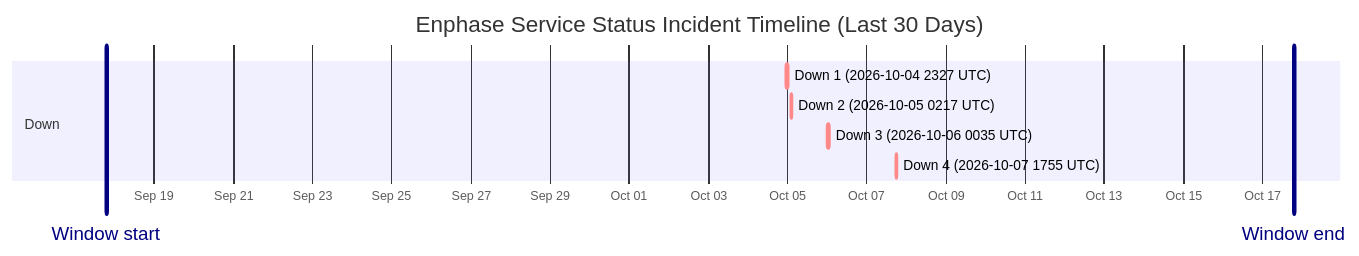
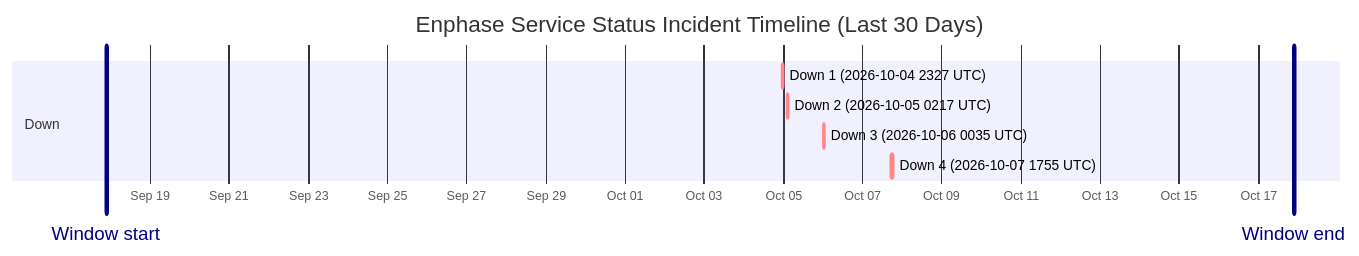
Before and after one commit to barneyonline/ha-enphase-energy: the diagram in wiki/Service-Status-History.md, drawn with Mermaid. The commit also changed other lines of this file and 3 other files, not shown here.

````diff
--- a/wiki/Service-Status-History.md
+++ b/wiki/Service-Status-History.md
@@ -14,13 +14,13 @@
 ```mermaid
 gantt
     title Enphase Service Status Incident Timeline (Last 30 Days)
     dateFormat  YYYY-MM-DDTHH:mm:ss
     axisFormat  %b %d
-    Window start :vert, window-start, 2026-09-17T19:01:12, 0ms
-    Window end :vert, window-end, 2026-10-17T19:01:12, 0ms
+    Window start :vert, window-start, 2026-09-17T21:35:17, 0ms
+    Window end :vert, window-end, 2026-10-17T21:35:17, 0ms
     section Down
     Down 1 (2026-10-04 2327 UTC) :crit, down-1, 2026-10-04T23:27:34, 60m
     Down 2 (2026-10-05 0217 UTC) :crit, down-2, 2026-10-05T02:17:30, 60m
     Down 3 (2026-10-06 0035 UTC) :crit, down-3, 2026-10-06T00:35:21, 60m
     Down 4 (2026-10-07 1755 UTC) :crit, down-4, 2026-10-07T17:55:16, 60m
 ```
````
